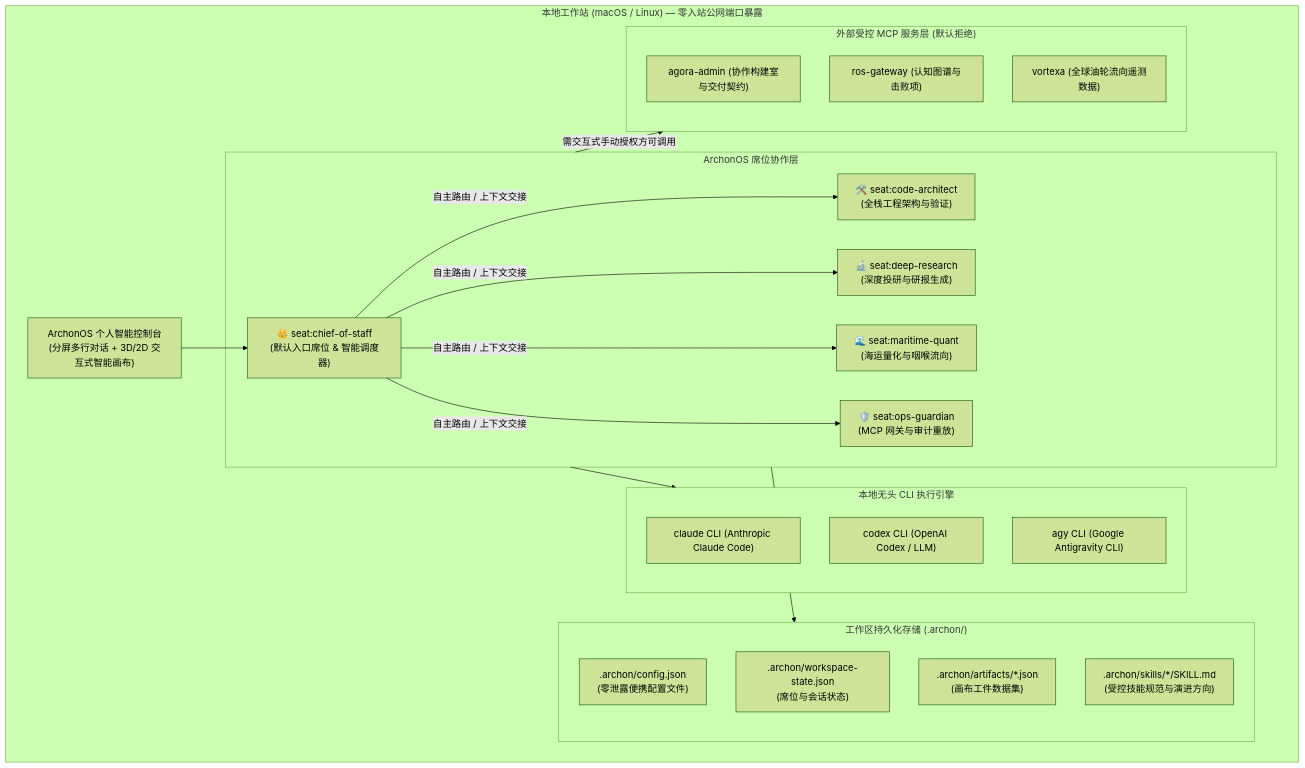
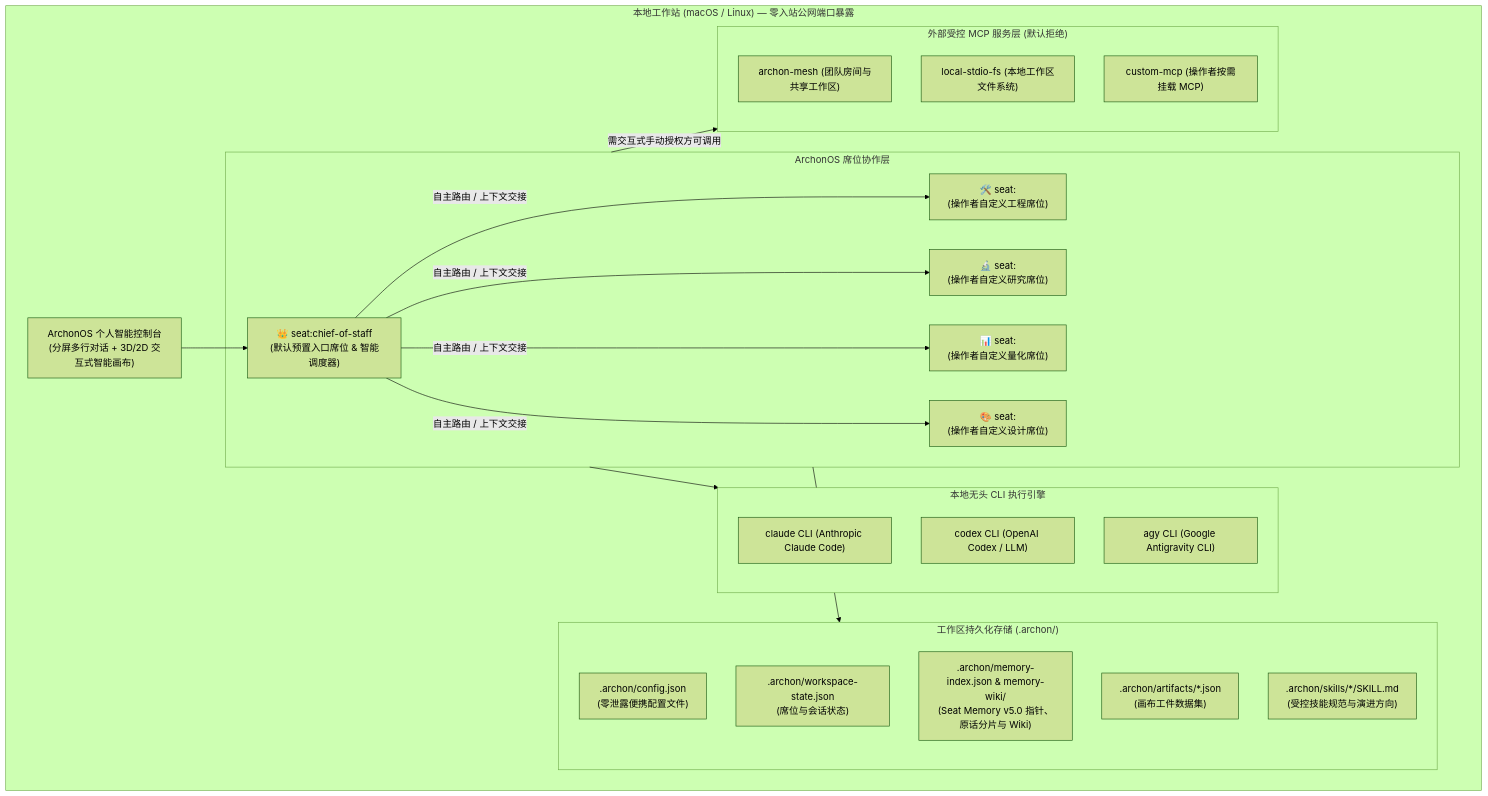
One commit to dmquant/archonos-pub changed the diagram in README.zh-CN.md. Above: the diagram before and after it, drawn with Mermaid (forest theme). The commit also changed other lines of this file and 5 other files, not shown here.

Commit message:
refactor(memory): decouple Seat Memory v5.0 & READMEs from private specialist seat names (pre-seed chief-of-staff + dynamic operator seats)

````diff
--- a/README.zh-CN.md
+++ b/README.zh-CN.md
@@ -75,49 +75,51 @@
 ```mermaid
 flowchart TB
   subgraph Host["本地工作站 (macOS / Linux) — 零入站公网端口暴露"]
     UI["ArchonOS 个人智能控制台
 (分屏多行对话 + 3D/2D 交互式智能画布)"]
     
     subgraph Seats["ArchonOS 席位协作层"]
       COS["👑 seat:chief-of-staff
-(默认入口席位 & 智能调度器)"]
-      CODE["🛠️ seat:code-architect
-(全栈工程架构与验证)"]
-      RES["🔬 seat:deep-research
-(深度投研与研报生成)"]
-      QUANT["🌊 seat:maritime-quant
-(海运量化与咽喉流向)"]
-      OPS["🛡️ seat:ops-guardian
-(MCP 网关与审计重放)"]
+(默认预置入口席位 & 智能调度器)"]
+      SPEC1["🛠️ seat:<custom-engineering>
+(操作者自定义工程席位)"]
+      SPEC2["🔬 seat:<custom-research>
+(操作者自定义研究席位)"]
+      SPEC3["📊 seat:<custom-quant>
+(操作者自定义量化席位)"]
+      SPEC4["🎨 seat:<custom-design>
+(操作者自定义设计席位)"]
     end
 
     subgraph Hands["本地无头 CLI 执行引擎"]
       CLI1["claude CLI (Anthropic Claude Code)"]
       CLI2["codex CLI (OpenAI Codex / LLM)"]
       CLI3["agy CLI (Google Antigravity CLI)"]
     end
 
     subgraph Storage["工作区持久化存储 (.archon/)"]
       CFG[".archon/config.json
 (零泄露便携配置文件)"]
       STATE[".archon/workspace-state.json
 (席位与会话状态)"]
+      MEM[".archon/memory-index.json & memory-wiki/
+(Seat Memory v5.0 指针、原话分片与 Wiki)"]
       ARTS[".archon/artifacts/*.json
 (画布工件数据集)"]
       SKILLS[".archon/skills/*/SKILL.md
 (受控技能规范与演进方向)"]
     end
 
     subgraph MCP["外部受控 MCP 服务层 (默认拒绝)"]
-      MCP1["agora-admin (协作构建室与交付契约)"]
-      MCP2["ros-gateway (认知图谱与击败项)"]
-      MCP3["vortexa (全球油轮流向遥测数据)"]
+      MCP1["archon-mesh (团队房间与共享工作区)"]
+      MCP2["local-stdio-fs (本地工作区文件系统)"]
+      MCP3["custom-mcp (操作者按需挂载 MCP)"]
     end
   end
 
   UI --> COS
-  COS -->|自主路由 / 上下文交接| CODE & RES & QUANT & OPS
+  COS -->|自主路由 / 上下文交接| SPEC1 & SPEC2 & SPEC3 & SPEC4
   Seats --> Hands
   Seats --> Storage
   Seats -->|需交互式手动授权方可调用| MCP
 ```
````
